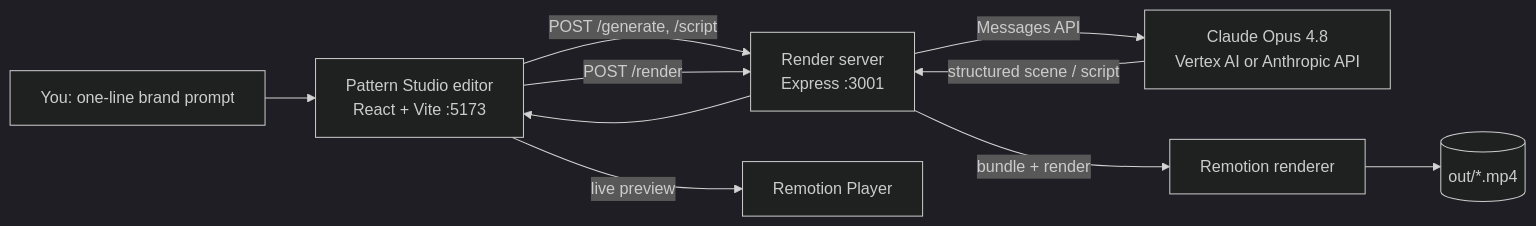
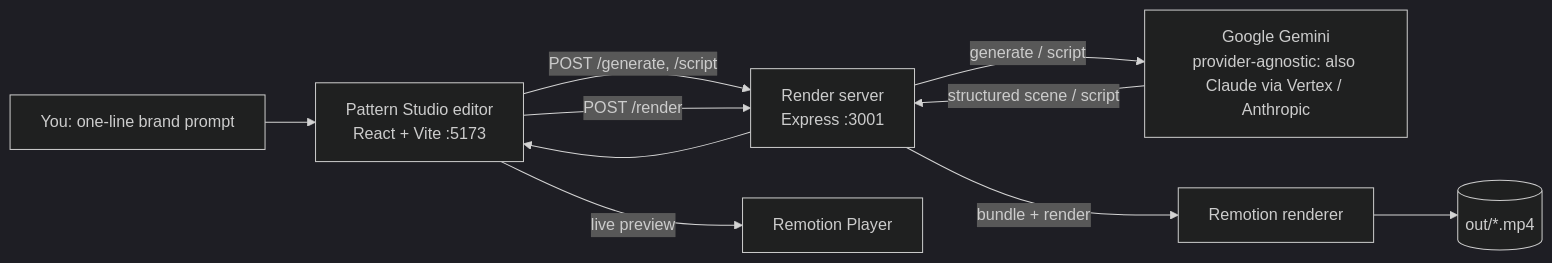
The diagram in README.md (trishit726/Pattern-studio-), drawn with Mermaid (dark theme) before and after one commit. The commit also changed other lines of this file and 1 other file, not shown here.

First line of the commit message:
Docs: switch AI references to Google Gemini (primary provider)

````diff
--- a/README.md
+++ b/README.md
@@ -37,12 +37,12 @@
 ```mermaid
 flowchart LR
   U[You: one-line brand prompt] --> APP[Pattern Studio editor<br/>React + Vite :5173]
   APP -- POST /generate, /script --> SRV[Render server<br/>Express :3001]
-  SRV -- Messages API --> CLAUDE[Claude Opus 4.8<br/>Vertex AI or Anthropic API]
-  CLAUDE -- structured scene / script --> SRV
+  SRV -- generate / script --> AI[Google Gemini<br/>provider-agnostic: also Claude via Vertex / Anthropic]
+  AI -- structured scene / script --> SRV
   SRV --> APP
   APP -- live preview --> PLAYER[Remotion Player]
   APP -- POST /render --> SRV
   SRV -- bundle + render --> REMOTION[Remotion renderer]
   REMOTION --> MP4[(out/*.mp4)]
 ```
````
